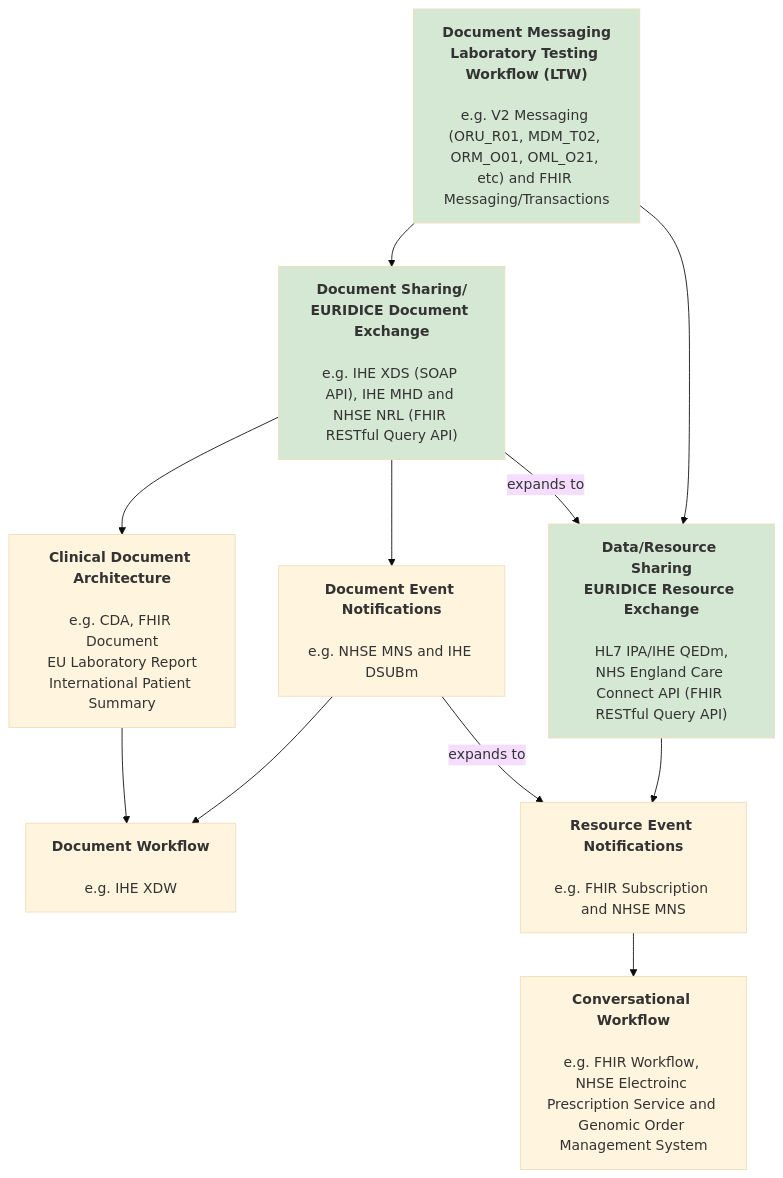
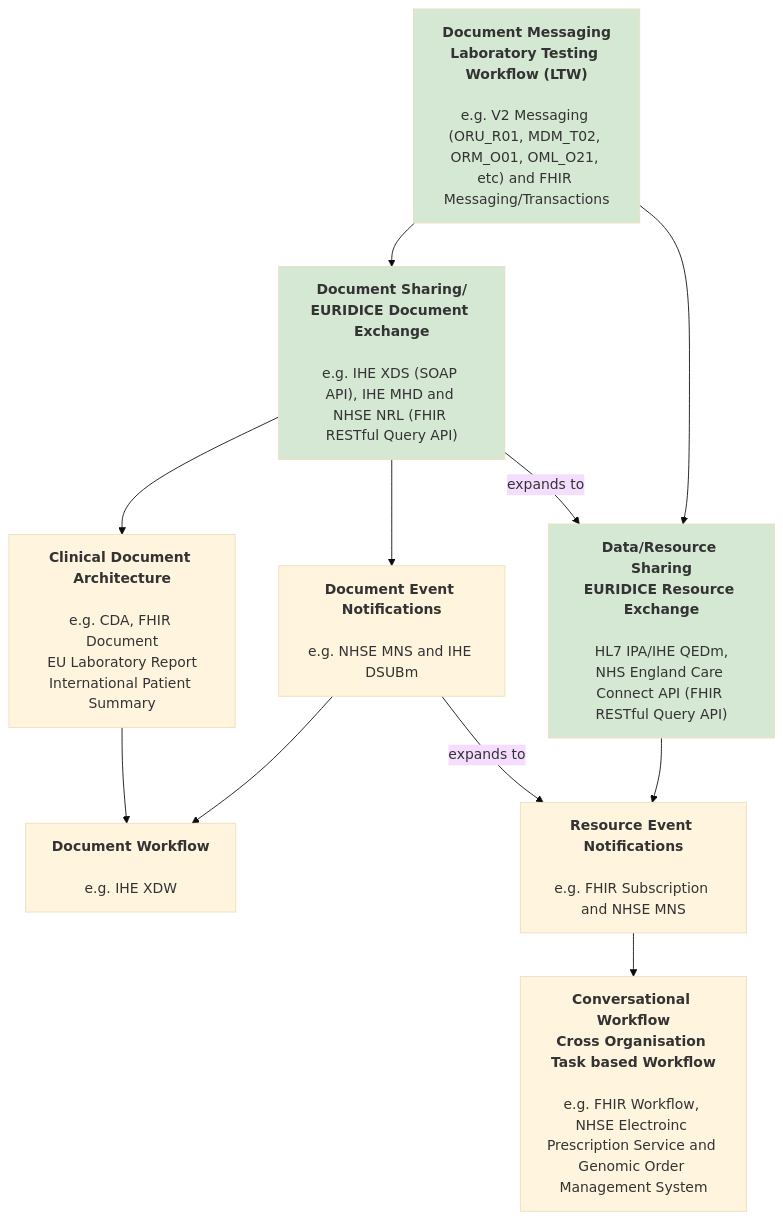
One commit to nw-gmsa/nw-gmsa.github.com changed the first of 16 diagrams in input/pagecontent/exchange.md. Above: the diagram before and after it, drawn with Mermaid (base theme).

Commit message:
mermaid typo

````diff
--- a/input/pagecontent/exchange.md
+++ b/input/pagecontent/exchange.md
@@ -2,33 +2,32 @@
 ```mermaid
 graph TD;
 
 
 DocumentMessaging["<b>Document Messaging</b><br/><b>Laboratory Testing Workflow (LTW)</b><br/><br/>e.g. V2 Messaging (ORU_R01, MDM_T02, ORM_O01, OML_O21, etc) and FHIR Messaging/Transactions"]
 DocumentSharing["<b>Document Sharing/<br/>EURIDICE Document Exchange</b><br/><br/>e.g. IHE XDS (SOAP API), IHE MHD and NHSE NRL (FHIR RESTful Query API) "]
 
 DocumentEventNotifications[<b>Document Event Notifications</b><br/><br/>e.g. NHSE MNS and IHE DSUBm]
 ClinicalDocumentArchitecture[<b>Clinical Document Architecture</b><br/><br/>e.g. CDA, FHIR Document<br/>EU Laboratory Report<br/>International Patient Summary] 
 DocumentWorkflow[<b>Document Workflow</b><br/><br/>e.g. IHE XDW]
 
 DataSharig["<b>Data/Resource Sharing<br/>EURIDICE Resource Exchange</b><br/><br/> HL7 IPA/IHE QEDm, NHS England Care Connect API (FHIR RESTful Query API)"]
 ResourceEventNotifications[<b>Resource Event Notifications</b><br/><br/>e.g. FHIR Subscription and NHSE MNS]
-ConversationalMessaging[<b>Conversational Workflow</b><br/><br/>e.g. FHIR Workflow, NHSE Electroinc Prescription Service and Genomic Order Management System]
-
+ConversationalMessaging[<b>Conversational Workflow</b><br/><b>Cross Organisation Task based Workflow</b><br/><br/>e.g. FHIR Workflow, NHSE Electroinc Prescription Service and Genomic Order Management System]
 
 DocumentMessaging --> DocumentSharing
 DocumentSharing --> DocumentEventNotifications
 DocumentSharing --> ClinicalDocumentArchitecture
 DocumentEventNotifications --> DocumentWorkflow
 ClinicalDocumentArchitecture --> DocumentWorkflow
 
 DocumentMessaging --> DataSharig
 DataSharig --> ResourceEventNotifications
 ResourceEventNotifications --> ConversationalMessaging
 
 DocumentSharing --> |expands to| DataSharig
 DocumentEventNotifications --> |expands to| ResourceEventNotifications
 
 classDef green fill:#D5E8D4;
 
 class DocumentMessaging,DocumentSharing,DataSharig green
 ```
````
